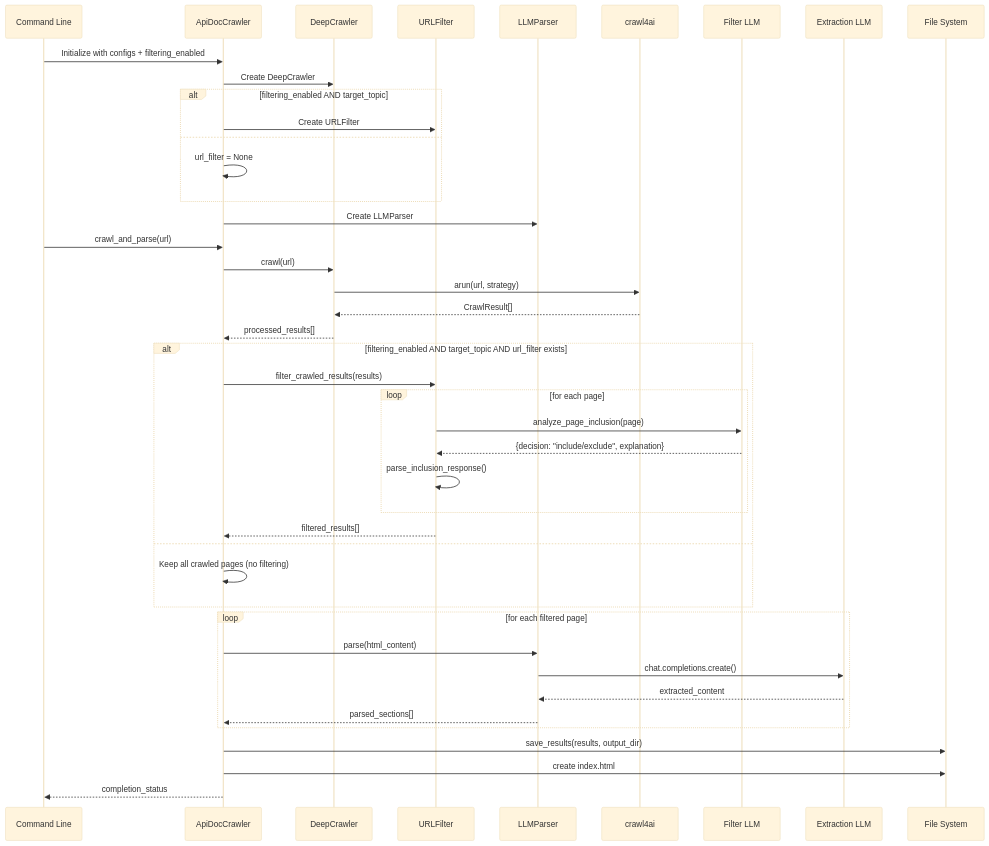
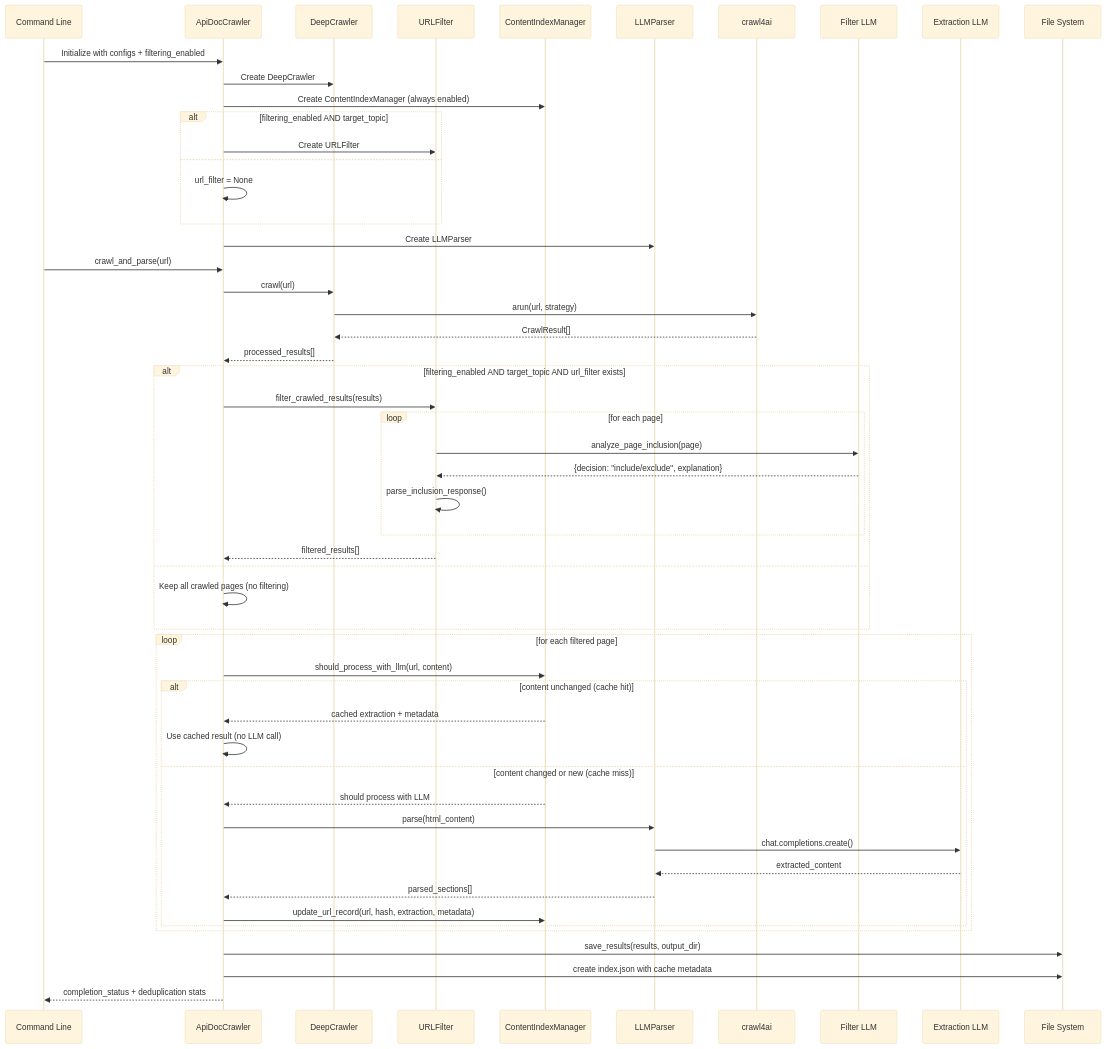
The second of 5 diagrams in diagrams/detailed-architecture-2025-05-25.md (jvbyrnes/crawl-llm-extract), drawn with Mermaid (base theme) before and after one commit. The commit also changed other lines of this file and 2 other files, not shown here.

Commit message:
updated diagrams to take into account that deduplication cannot be disabled

````diff
--- a/diagrams/detailed-architecture-2025-05-25.md
+++ b/diagrams/detailed-architecture-2025-05-25.md
@@ -139,55 +159,65 @@
 ```mermaid
 sequenceDiagram
     participant CLI as Command Line
     participant AC as ApiDocCrawler
     participant DC as DeepCrawler
     participant UF as URLFilter
+    participant CIM as ContentIndexManager
     participant LP as LLMParser
     participant C4AI as crawl4ai
     participant FLLM as Filter LLM
     participant ELLM as Extraction LLM
     participant FS as File System
     
     %% Initialization Phase
     CLI->>AC: Initialize with configs + filtering_enabled
     AC->>DC: Create DeepCrawler
+    AC->>CIM: Create ContentIndexManager (always enabled)
     alt filtering_enabled AND target_topic
         AC->>UF: Create URLFilter
     else
         AC->>AC: url_filter = None
     end
     AC->>LP: Create LLMParser
     
     %% Crawling Phase
     CLI->>AC: crawl_and_parse(url)
     AC->>DC: crawl(url)
     DC->>C4AI: arun(url, strategy)
     C4AI-->>DC: CrawlResult[]
     DC-->>AC: processed_results[]
     
     %% Binary Filtering Phase (opt-in only)
     alt filtering_enabled AND target_topic AND url_filter exists
         AC->>UF: filter_crawled_results(results)
         loop for each page
             UF->>FLLM: analyze_page_inclusion(page)
             FLLM-->>UF: {decision: "include/exclude", explanation}
             UF->>UF: parse_inclusion_response()
         end
         UF-->>AC: filtered_results[]
     else
         AC->>AC: Keep all crawled pages (no filtering)
     end
     
-    %% Content Extraction Phase
+    %% Content Extraction Phase with Deduplication (Always Enabled)
     loop for each filtered page
-        AC->>LP: parse(html_content)
-        LP->>ELLM: chat.completions.create()
-        ELLM-->>LP: extracted_content
-        LP-->>AC: parsed_sections[]
+        AC->>CIM: should_process_with_llm(url, content)
+        alt content unchanged (cache hit)
+            CIM-->>AC: cached extraction + metadata
+            AC->>AC: Use cached result (no LLM call)
+        else content changed or new (cache miss)
+            CIM-->>AC: should process with LLM
+            AC->>LP: parse(html_content)
+            LP->>ELLM: chat.completions.create()
+            ELLM-->>LP: extracted_content
+            LP-->>AC: parsed_sections[]
+            AC->>CIM: update_url_record(url, hash, extraction, metadata)
+        end
     end
     
     %% Output Phase
     AC->>FS: save_results(results, output_dir)
-    AC->>FS: create index.html
-    AC-->>CLI: completion_status
+    AC->>FS: create index.json with cache metadata
+    AC-->>CLI: completion_status + deduplication stats
 ```
````
